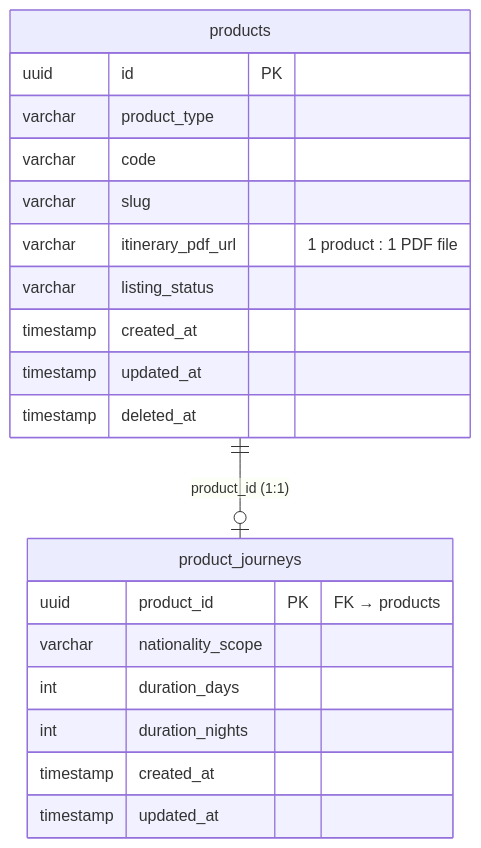
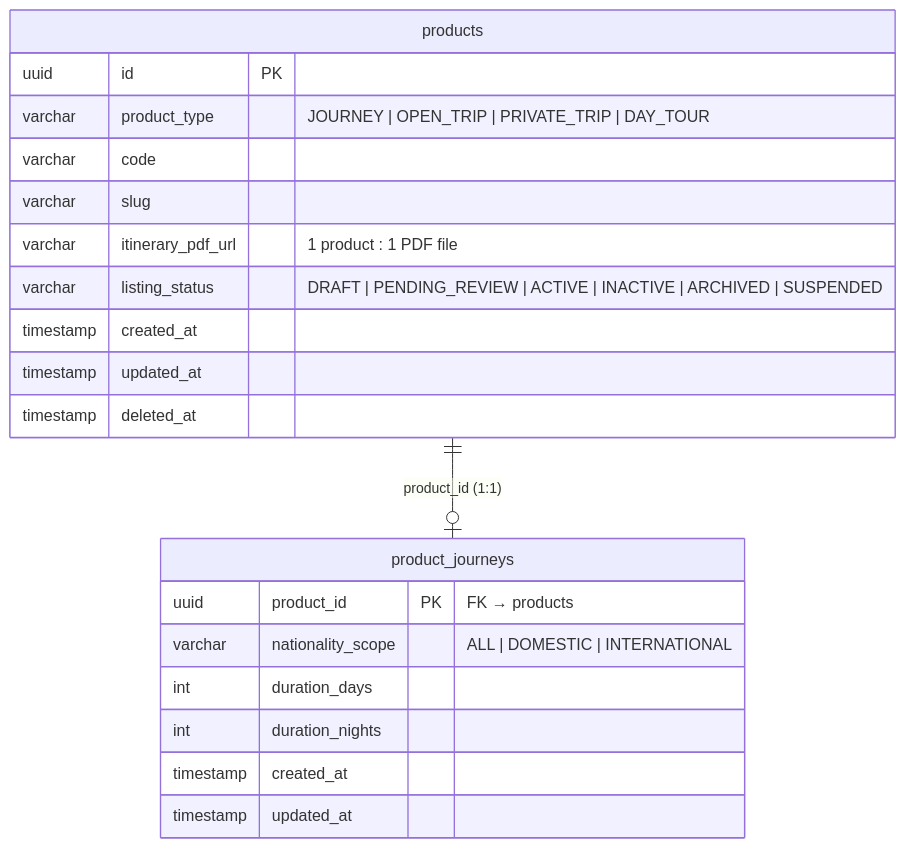
One commit to Haris-saifudin/hobiholidays-documentations changed the second of 8 diagrams in product-technical-design.md. Above: the diagram before and after it, drawn with Mermaid. The commit also changed other lines of this file and 3 other files, not shown here.

Commit message:
docs: define product entity enums and update technical design documentation for status and classification tracking

````diff
--- a/product-technical-design.md
+++ b/product-technical-design.md
@@ -313,25 +384,25 @@
 ```mermaid
 erDiagram
     products {
-        uuid      id              PK
-        varchar   product_type
+        uuid      id                PK
+        varchar   product_type      "JOURNEY | OPEN_TRIP | PRIVATE_TRIP | DAY_TOUR"
         varchar   code
         varchar   slug
         varchar   itinerary_pdf_url "1 product : 1 PDF file"
-        varchar   listing_status
+        varchar   listing_status    "DRAFT | PENDING_REVIEW | ACTIVE | INACTIVE | ARCHIVED | SUSPENDED"
         timestamp created_at
         timestamp updated_at
         timestamp deleted_at
     }
 
     product_journeys {
-        uuid      product_id         PK "FK → products"
-        varchar   nationality_scope
+        uuid      product_id        PK "FK → products"
+        varchar   nationality_scope "ALL | DOMESTIC | INTERNATIONAL"
         int       duration_days
         int       duration_nights
         timestamp created_at
         timestamp updated_at
     }
 
     products           ||--o| product_journeys: "product_id (1:1)"
 ```
````
